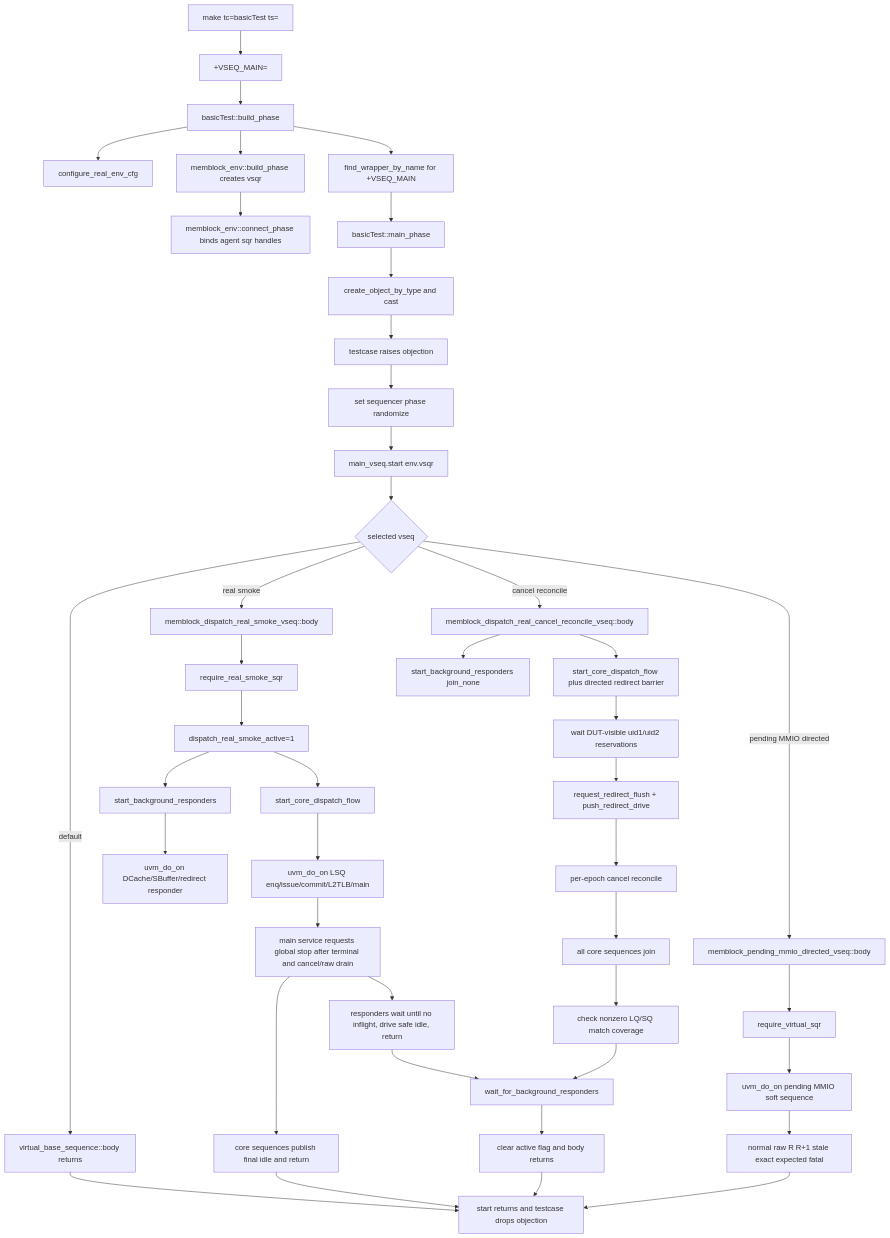
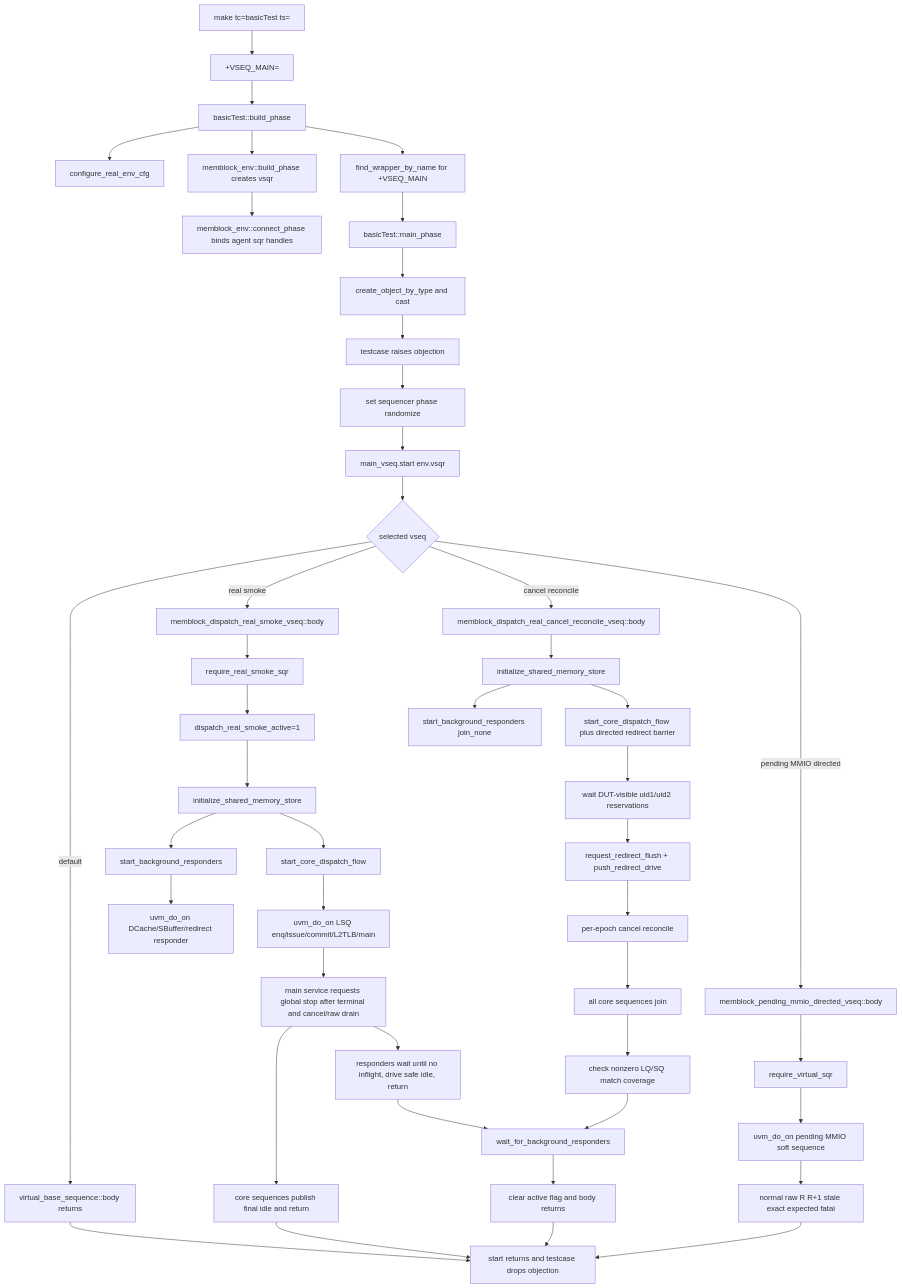
One commit to OpenXiangShan/XiangShan changed the diagram in AI_DOC/mem_ut_flow_doc/virtual_sequence_unified_dispatch_flow.md. Above: the diagram before and after it, drawn with Mermaid. The commit also changed other lines of this file and 18 other files, not shown here.

````diff
--- a/AI_DOC/mem_ut_flow_doc/virtual_sequence_unified_dispatch_flow.md
+++ b/AI_DOC/mem_ut_flow_doc/virtual_sequence_unified_dispatch_flow.md
@@ -39,48 +41,50 @@
 ```mermaid
 flowchart TD
     A[make tc=basicTest ts=<vseq>] --> B[+VSEQ_MAIN=<vseq>]
     B --> C[basicTest::build_phase]
     C --> D[configure_real_env_cfg]
     C --> E[memblock_env::build_phase creates vsqr]
     E --> F[memblock_env::connect_phase binds agent sqr handles]
     C --> G[find_wrapper_by_name for +VSEQ_MAIN]
     G --> H[basicTest::main_phase]
     H --> I[create_object_by_type and cast]
     I --> J[testcase raises objection]
     J --> K[set sequencer phase randomize]
     K --> L[main_vseq.start env.vsqr]
     L --> M{selected vseq}
     M -->|default| VB[virtual_base_sequence::body returns]
     M -->|real smoke| RS[memblock_dispatch_real_smoke_vseq::body]
     M -->|cancel reconcile| CR[memblock_dispatch_real_cancel_reconcile_vseq::body]
     M -->|pending MMIO directed| PM[memblock_pending_mmio_directed_vseq::body]
     PM --> PM1[require_virtual_sqr]
     PM1 --> PM2[uvm_do_on pending MMIO soft sequence]
     PM2 --> PM3[normal raw R R+1 stale exact expected fatal]
 
     RS --> RS1[require_real_smoke_sqr]
     RS1 --> RS2[dispatch_real_smoke_active=1]
-    RS2 --> RS3[start_background_responders]
-    RS2 --> RS4[start_core_dispatch_flow]
+    RS2 --> RS2A[initialize_shared_memory_store]
+    RS2A --> RS3[start_background_responders]
+    RS2A --> RS4[start_core_dispatch_flow]
     RS3 --> RS5[uvm_do_on DCache/SBuffer/redirect responder]
     RS4 --> RS6[uvm_do_on LSQ enq/issue/commit/L2TLB/main]
     RS6 --> RS7[main service requests global stop after terminal and cancel/raw drain]
     RS7 --> RS8[core sequences publish final idle and return]
     RS7 --> RS9[responders wait until no inflight, drive safe idle, return]
 
-    CR --> CR1[start_background_responders join_none]
-    CR --> CR2[start_core_dispatch_flow plus directed redirect barrier]
+    CR --> CR0[initialize_shared_memory_store]
+    CR0 --> CR1[start_background_responders join_none]
+    CR0 --> CR2[start_core_dispatch_flow plus directed redirect barrier]
     CR2 --> CR3[wait DUT-visible uid1/uid2 reservations]
     CR3 --> CR4[request_redirect_flush + push_redirect_drive]
     CR4 --> CR5[per-epoch cancel reconcile]
     CR5 --> CR6[all core sequences join]
     CR6 --> CR7[check nonzero LQ/SQ match coverage]
     CR7 --> CR8[wait_for_background_responders]
     RS9 --> CR8
     CR8 --> CR9[clear active flag and body returns]
 
     VB --> DONE[start returns and testcase drops objection]
     RS8 --> DONE
     CR9 --> DONE
     PM3 --> DONE
 ```
````
